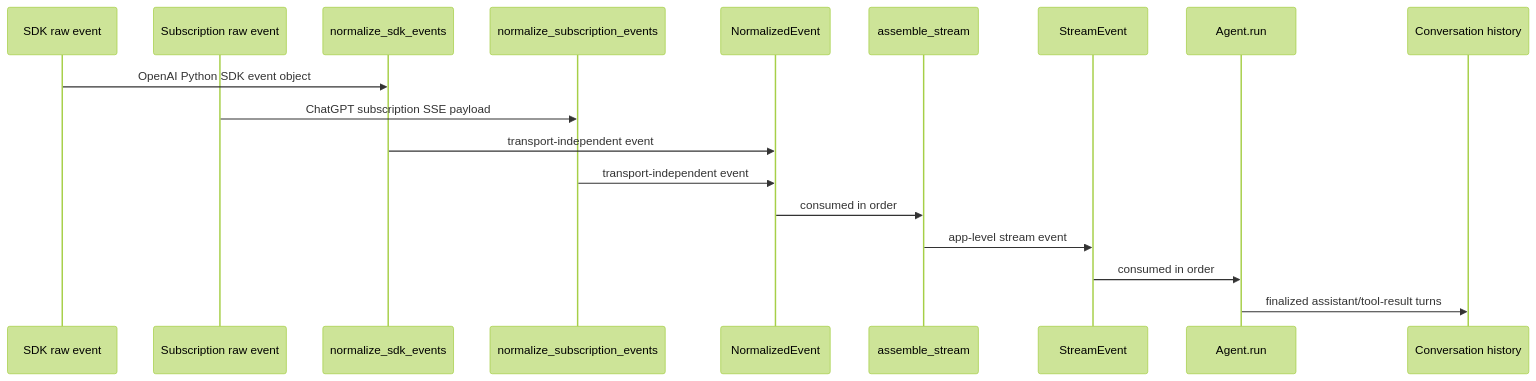
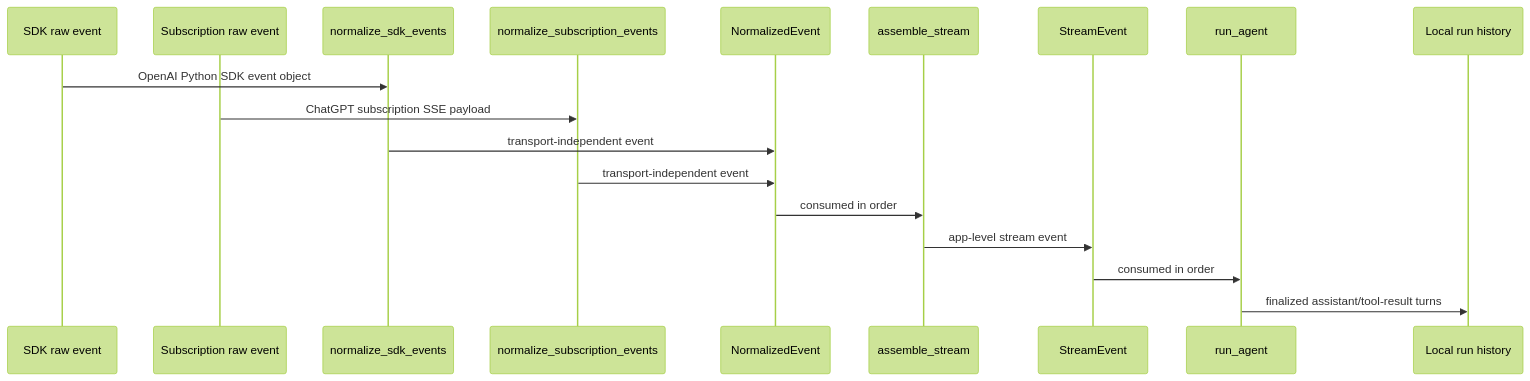
The first of 8 diagrams in docs/openai-stream-event-lifecycle.md (muneebshahid/tile), drawn with Mermaid (forest theme) before and after one commit. The commit also changed other lines of this file and 5 other files, not shown here.

````diff
--- a/docs/openai-stream-event-lifecycle.md
+++ b/docs/openai-stream-event-lifecycle.md
@@ -13,21 +13,21 @@
 ```mermaid
 sequenceDiagram
     participant SDK as SDK raw event
     participant Sub as Subscription raw event
     participant SDKA as normalize_sdk_events
     participant SubA as normalize_subscription_events
     participant Norm as NormalizedEvent
     participant Asm as assemble_stream
     participant Stream as StreamEvent
-    participant Agent as Agent.run
-    participant Hist as Conversation history
+    participant Agent as run_agent
+    participant Hist as Local run history
 
     SDK->>SDKA: OpenAI Python SDK event object
     Sub->>SubA: ChatGPT subscription SSE payload
     SDKA->>Norm: transport-independent event
     SubA->>Norm: transport-independent event
     Norm->>Asm: consumed in order
     Asm->>Stream: app-level stream event
     Stream->>Agent: consumed in order
     Agent->>Hist: finalized assistant/tool-result turns
 ```
````
